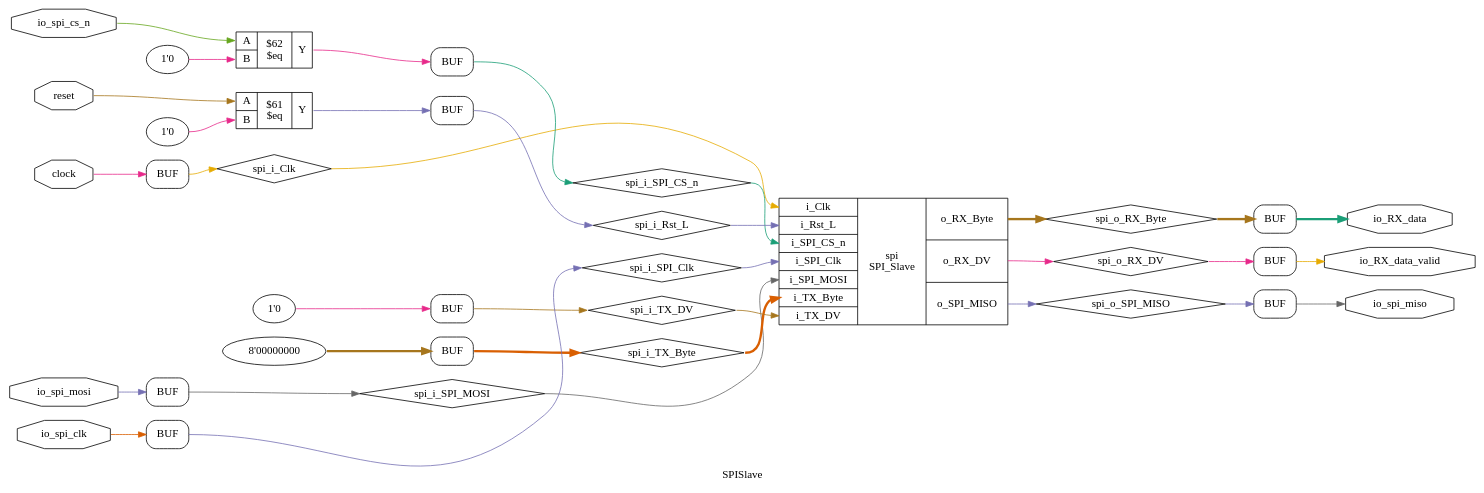
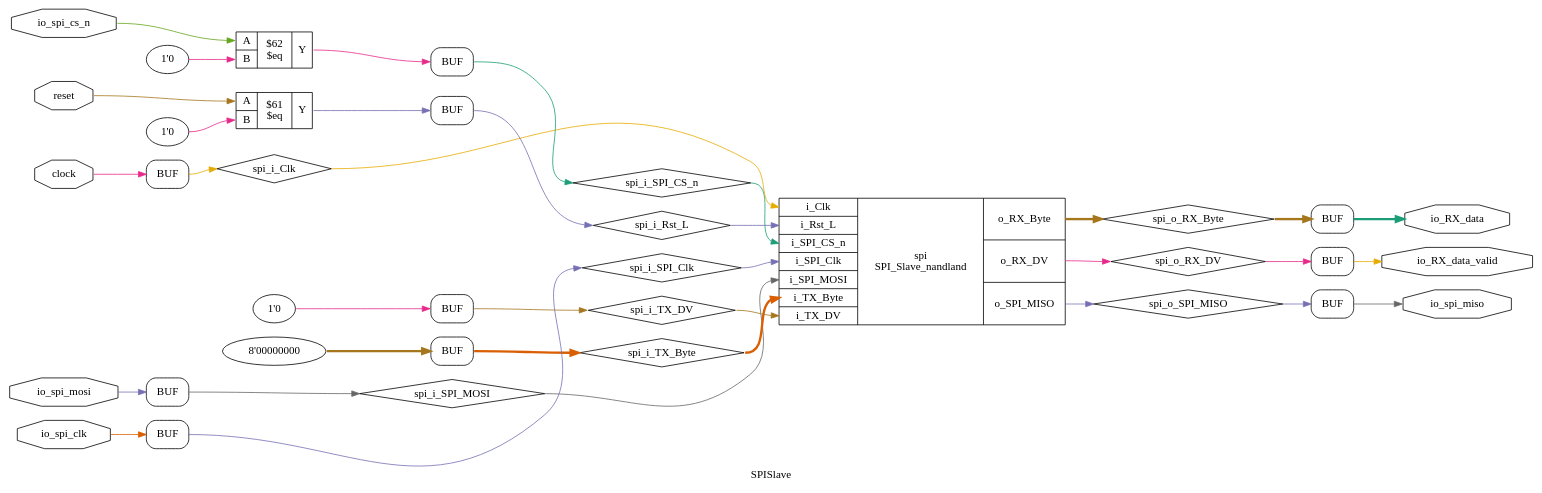
One commit to TDT4295-2019-groupA/FPGA changed the diagram in graphs/yosys/SPISlave_gen.dot. Above: the diagram before and after it, drawn with Graphviz. The commit also changed 48 other files, not shown here.

```diff
--- a/graphs/yosys/SPISlave_gen.dot
+++ b/graphs/yosys/SPISlave_gen.dot
@@ -1,76 +1,76 @@
 digraph "SPISlave" {
 label="SPISlave";
 rankdir="LR";
 remincross=true;
 n3 [ shape=diamond, label="spi_i_SPI_CS_n", color="black", fontcolor="black" ];
 n4 [ shape=diamond, label="spi_i_SPI_MOSI", color="black", fontcolor="black" ];
 n5 [ shape=diamond, label="spi_o_SPI_MISO", color="black", fontcolor="black" ];
 n6 [ shape=diamond, label="spi_i_SPI_Clk", color="black", fontcolor="black" ];
 n7 [ shape=diamond, label="spi_i_TX_Byte", color="black", fontcolor="black" ];
 n8 [ shape=diamond, label="spi_i_TX_DV", color="black", fontcolor="black" ];
 n9 [ shape=diamond, label="spi_o_RX_Byte", color="black", fontcolor="black" ];
 n10 [ shape=diamond, label="spi_o_RX_DV", color="black", fontcolor="black" ];
 n11 [ shape=diamond, label="spi_i_Rst_L", color="black", fontcolor="black" ];
 n12 [ shape=diamond, label="spi_i_Clk", color="black", fontcolor="black" ];
 n13 [ shape=octagon, label="io_spi_cs_n", color="black", fontcolor="black" ];
 n14 [ shape=octagon, label="io_spi_clk", color="black", fontcolor="black" ];
 n15 [ shape=octagon, label="io_spi_miso", color="black", fontcolor="black" ];
 n16 [ shape=octagon, label="io_spi_mosi", color="black", fontcolor="black" ];
 n17 [ shape=octagon, label="io_RX_data", color="black", fontcolor="black" ];
 n18 [ shape=octagon, label="io_RX_data_valid", color="black", fontcolor="black" ];
 n19 [ shape=octagon, label="reset", color="black", fontcolor="black" ];
 n20 [ shape=octagon, label="clock", color="black", fontcolor="black" ];
 { rank="source"; n13; n14; n16; n19; n20;}
 { rank="sink"; n15; n17; n18;}
 v0 [ label="1'0" ];
 c24 [ shape=record, label="{{<p21> A|<p22> B}|$62\n$eq|{<p23> Y}}" ];
 v1 [ label="1'0" ];
 c25 [ shape=record, label="{{<p21> A|<p22> B}|$61\n$eq|{<p23> Y}}" ];
-c36 [ shape=record, label="{{<p26> i_Clk|<p27> i_Rst_L|<p28> i_SPI_CS_n|<p29> i_SPI_Clk|<p30> i_SPI_MOSI|<p31> i_TX_Byte|<p32> i_TX_DV}|spi\nSPI_Slave|{<p33> o_RX_Byte|<p34> o_RX_DV|<p35> o_SPI_MISO}}" ];
+c36 [ shape=record, label="{{<p26> i_Clk|<p27> i_Rst_L|<p28> i_SPI_CS_n|<p29> i_SPI_Clk|<p30> i_SPI_MOSI|<p31> i_TX_Byte|<p32> i_TX_DV}|spi\nSPI_Slave_nandland|{<p33> o_RX_Byte|<p34> o_RX_DV|<p35> o_SPI_MISO}}" ];
 x2 [shape=box, style=rounded, label="BUF"];
 x3 [shape=box, style=rounded, label="BUF"];
 x4 [shape=box, style=rounded, label="BUF"];
 x5 [shape=box, style=rounded, label="BUF"];
 x6 [shape=box, style=rounded, label="BUF"];
 v7 [ label="1'0" ];
 x8 [shape=box, style=rounded, label="BUF"];
 v9 [ label="8'00000000" ];
 x10 [shape=box, style=rounded, label="BUF"];
 x11 [shape=box, style=rounded, label="BUF"];
 x12 [shape=box, style=rounded, label="BUF"];
 x13 [shape=box, style=rounded, label="BUF"];
 c24:p23:e -> x13:w:w [colorscheme="dark28", color="4", fontcolor="4", label=""];
 c36:p34:e -> n10:w [colorscheme="dark28", color="4", fontcolor="4", label=""];
 n10:e -> x2:w:w [colorscheme="dark28", color="4", fontcolor="4", label=""];
 x6:e:e -> n11:w [colorscheme="dark28", color="3", fontcolor="3", label=""];
 n11:e -> c36:p27:w [colorscheme="dark28", color="3", fontcolor="3", label=""];
 x5:e:e -> n12:w [colorscheme="dark28", color="6", fontcolor="6", label=""];
 n12:e -> c36:p26:w [colorscheme="dark28", color="6", fontcolor="6", label=""];
 n13:e -> c24:p21:w [colorscheme="dark28", color="5", fontcolor="5", label=""];
 n14:e -> x11:w:w [colorscheme="dark28", color="2", fontcolor="2", label=""];
 x4:e:e -> n15:w [colorscheme="dark28", color="8", fontcolor="8", label=""];
 n16:e -> x12:w:w [colorscheme="dark28", color="3", fontcolor="3", label=""];
 x3:e:e -> n17:w [colorscheme="dark28", color="1", fontcolor="1", style="setlinewidth(3)", label=""];
 x2:e:e -> n18:w [colorscheme="dark28", color="6", fontcolor="6", label=""];
 n19:e -> c25:p21:w [colorscheme="dark28", color="7", fontcolor="7", label=""];
 c25:p23:e -> x6:w:w [colorscheme="dark28", color="3", fontcolor="3", label=""];
 n20:e -> x5:w:w [colorscheme="dark28", color="4", fontcolor="4", label=""];
 x13:e:e -> n3:w [colorscheme="dark28", color="1", fontcolor="1", label=""];
 n3:e -> c36:p28:w [colorscheme="dark28", color="1", fontcolor="1", label=""];
 x12:e:e -> n4:w [colorscheme="dark28", color="8", fontcolor="8", label=""];
 n4:e -> c36:p30:w [colorscheme="dark28", color="8", fontcolor="8", label=""];
 c36:p35:e -> n5:w [colorscheme="dark28", color="3", fontcolor="3", label=""];
 n5:e -> x4:w:w [colorscheme="dark28", color="3", fontcolor="3", label=""];
 x11:e:e -> n6:w [colorscheme="dark28", color="3", fontcolor="3", label=""];
 n6:e -> c36:p29:w [colorscheme="dark28", color="3", fontcolor="3", label=""];
 x10:e:e -> n7:w [colorscheme="dark28", color="2", fontcolor="2", style="setlinewidth(3)", label=""];
 n7:e -> c36:p31:w [colorscheme="dark28", color="2", fontcolor="2", style="setlinewidth(3)", label=""];
 x8:e:e -> n8:w [colorscheme="dark28", color="7", fontcolor="7", label=""];
 n8:e -> c36:p32:w [colorscheme="dark28", color="7", fontcolor="7", label=""];
 c36:p33:e -> n9:w [colorscheme="dark28", color="7", fontcolor="7", style="setlinewidth(3)", label=""];
 n9:e -> x3:w:w [colorscheme="dark28", color="7", fontcolor="7", style="setlinewidth(3)", label=""];
 v0:e -> c24:p22:w [colorscheme="dark28", color="4", fontcolor="4", label=""];
 v1:e -> c25:p22:w [colorscheme="dark28", color="4", fontcolor="4", label=""];
 v7:e -> x8:w:w [colorscheme="dark28", color="4", fontcolor="4", label=""];
 v9:e -> x10:w:w [colorscheme="dark28", color="7", fontcolor="7", style="setlinewidth(3)", label=""];
 }
```
